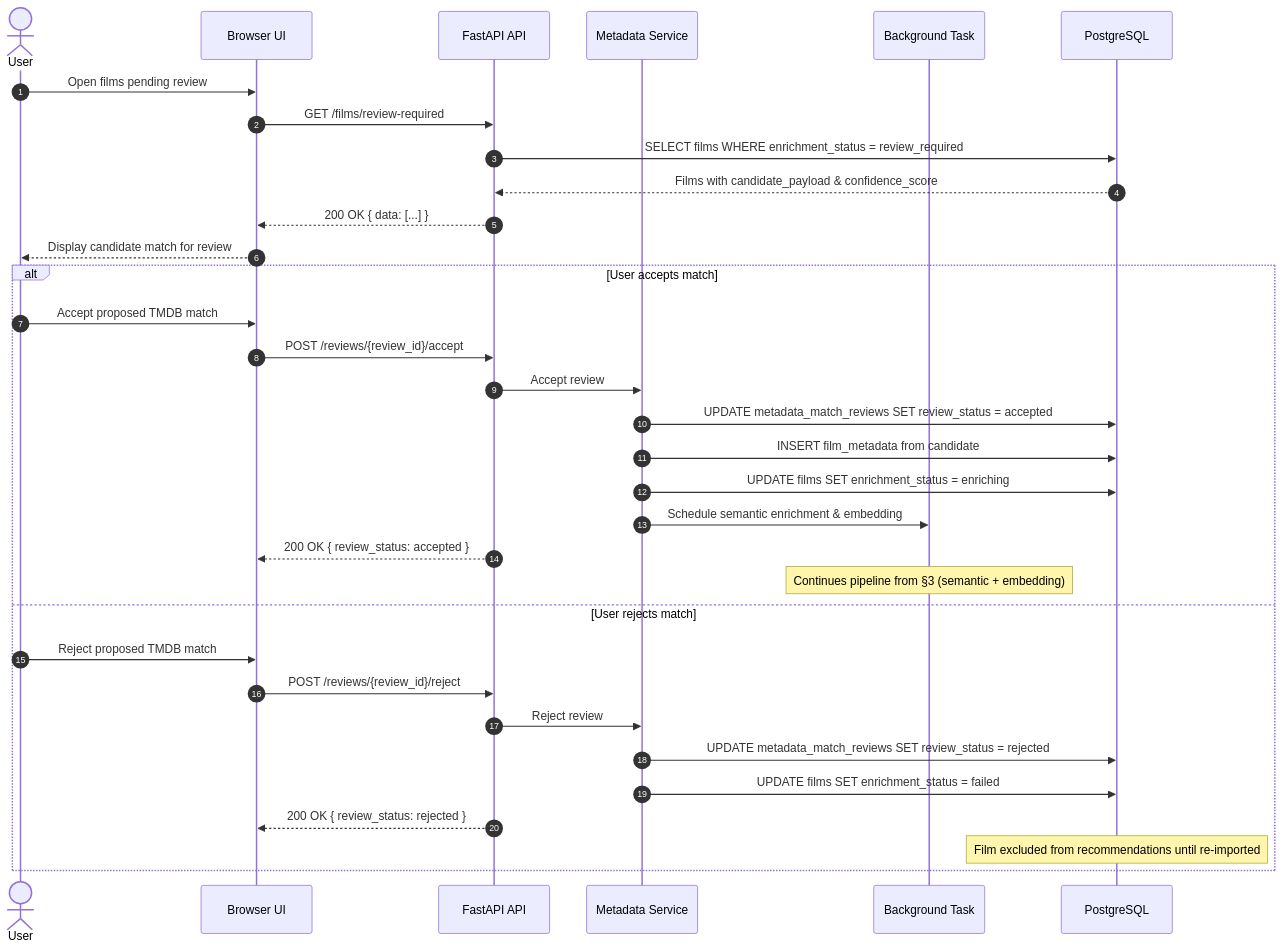
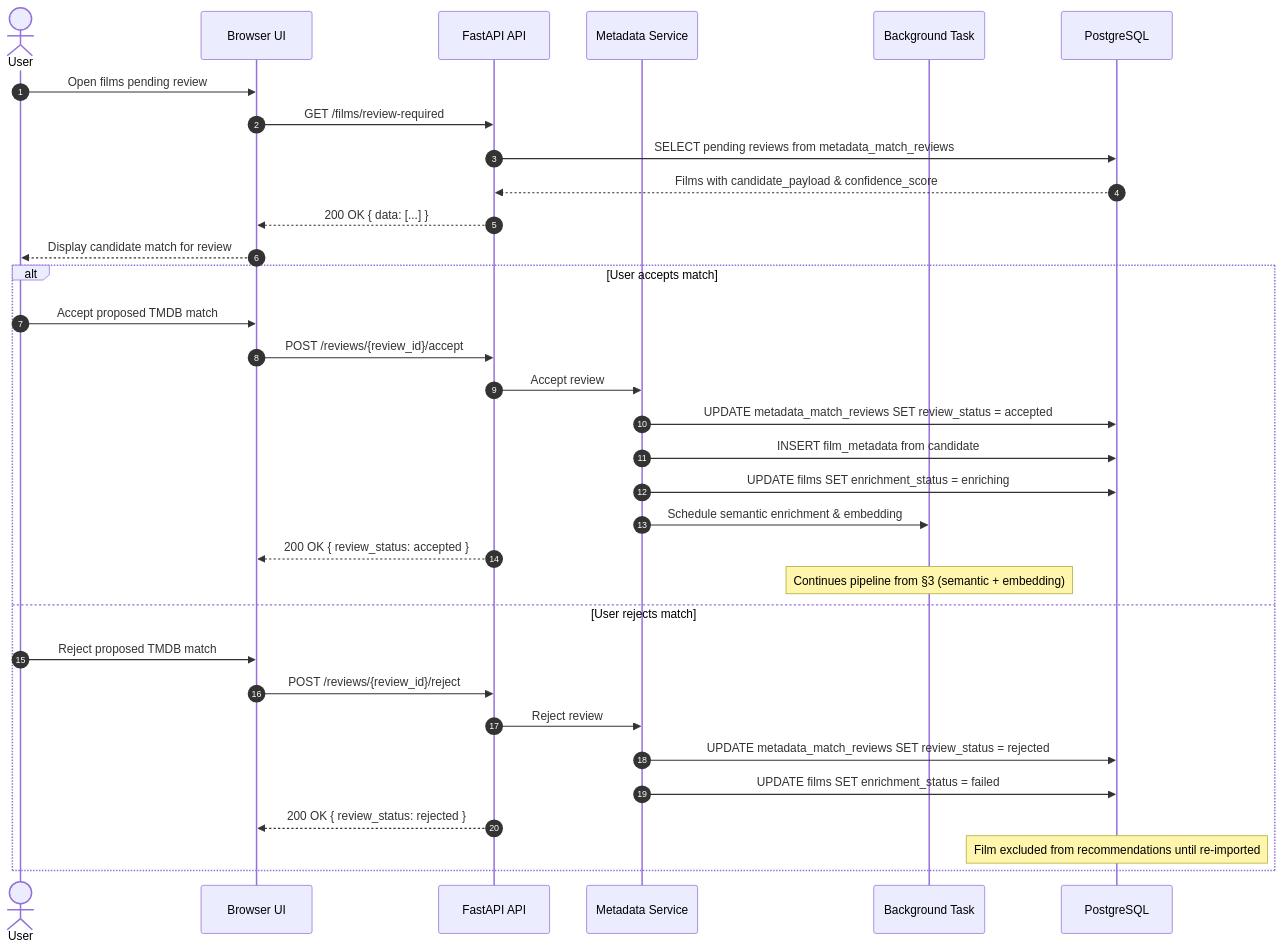
Before and after one commit to BlackLodgeLabs/cuebox: the fourth of 11 diagrams in documents/sequence-diagrams.md, drawn with Mermaid.

````diff
--- a/documents/sequence-diagrams.md
+++ b/documents/sequence-diagrams.md
@@ -168,37 +168,37 @@
 ```mermaid
 sequenceDiagram
     autonumber
     actor User
     participant UI as Browser UI
     participant API as FastAPI API
     participant Meta as Metadata Service
     participant BG as Background Task
     participant DB as PostgreSQL
 
     User->>UI: Open films pending review
     UI->>API: GET /films/review-required
-    API->>DB: SELECT films WHERE enrichment_status = review_required
+    API->>DB: SELECT pending reviews from metadata_match_reviews
     DB-->>API: Films with candidate_payload & confidence_score
     API-->>UI: 200 OK { data: [...] }
     UI-->>User: Display candidate match for review
 
     alt User accepts match
         User->>UI: Accept proposed TMDB match
         UI->>API: POST /reviews/{review_id}/accept
         API->>Meta: Accept review
         Meta->>DB: UPDATE metadata_match_reviews SET review_status = accepted
         Meta->>DB: INSERT film_metadata from candidate
         Meta->>DB: UPDATE films SET enrichment_status = enriching
         Meta->>BG: Schedule semantic enrichment & embedding
         API-->>UI: 200 OK { review_status: accepted }
         Note over BG: Continues pipeline from §3 (semantic + embedding)
     else User rejects match
         User->>UI: Reject proposed TMDB match
         UI->>API: POST /reviews/{review_id}/reject
         API->>Meta: Reject review
         Meta->>DB: UPDATE metadata_match_reviews SET review_status = rejected
         Meta->>DB: UPDATE films SET enrichment_status = failed
         API-->>UI: 200 OK { review_status: rejected }
         Note over DB: Film excluded from recommendations until re-imported
     end
 ```
````
